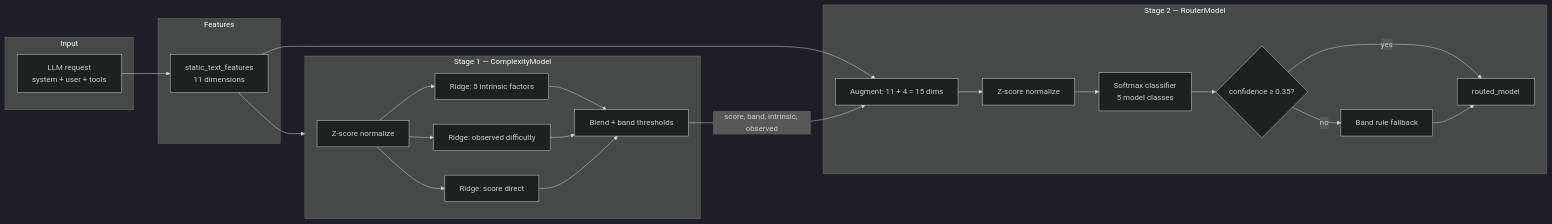
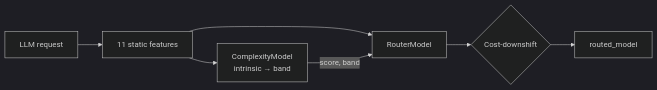
Before and after one commit to CL1nu5/munich-ehl-2026: the diagram in team/README.md, drawn with Mermaid (dark theme). The commit also changed other lines of this file and 8 other files, not shown here.

First line of the commit message:
Freeze router v2: cost-downshift policy, train-split training, validation eval outputs.

````diff
--- a/team/README.md
+++ b/team/README.md
@@ -13,34 +14,9 @@
 ```mermaid
 flowchart LR
-    subgraph Input
-        R[LLM request<br/>system + user + tools]
-    end
-
-    subgraph Features
-        F[static_text_features<br/>11 dimensions]
-    end
-
-    subgraph Stage1["Stage 1 — ComplexityModel"]
-        N1[Z-score normalize]
-        R1[Ridge: 5 intrinsic factors]
-        R2[Ridge: observed difficulty]
-        R3[Ridge: score direct]
-        B[Blend + band thresholds]
-        N1 --> R1 & R2 & R3 --> B
-    end
-
-    subgraph Stage2["Stage 2 — RouterModel"]
-        A[Augment: 11 + 4 = 15 dims]
-        N2[Z-score normalize]
-        S[Softmax classifier<br/>5 model classes]
-        D{confidence ≥ 0.35?}
-        RULE[Band rule fallback]
-        A --> N2 --> S --> D
-        D -->|yes| OUT[routed_model]
-        D -->|no| RULE --> OUT
-    end
-
-    R --> F --> Stage1
-    F --> A
-    B -->|score, band, intrinsic, observed| A
+    R[LLM request] --> F[11 static features]
+    F --> S1[ComplexityModel<br/>intrinsic → band]
+    F --> S2[RouterModel]
+    S1 -->|score, band| S2
+    S2 --> DS{Cost-downshift}
+    DS --> OUT[routed_model]
 ```
````
